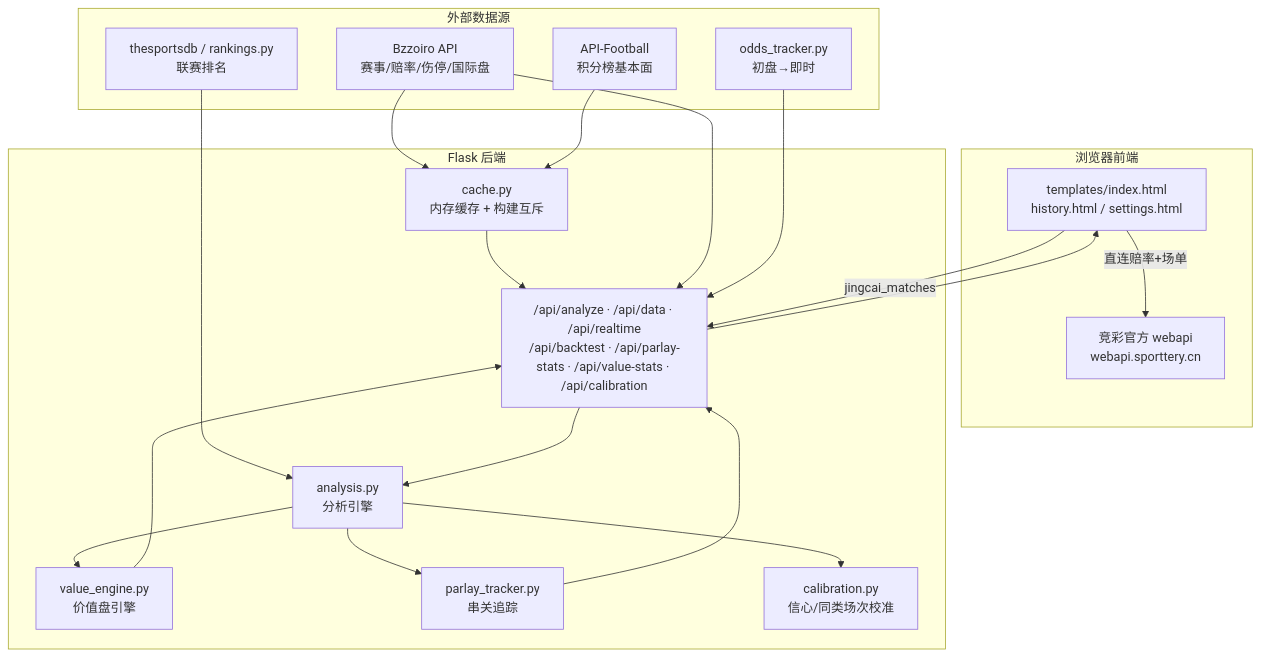
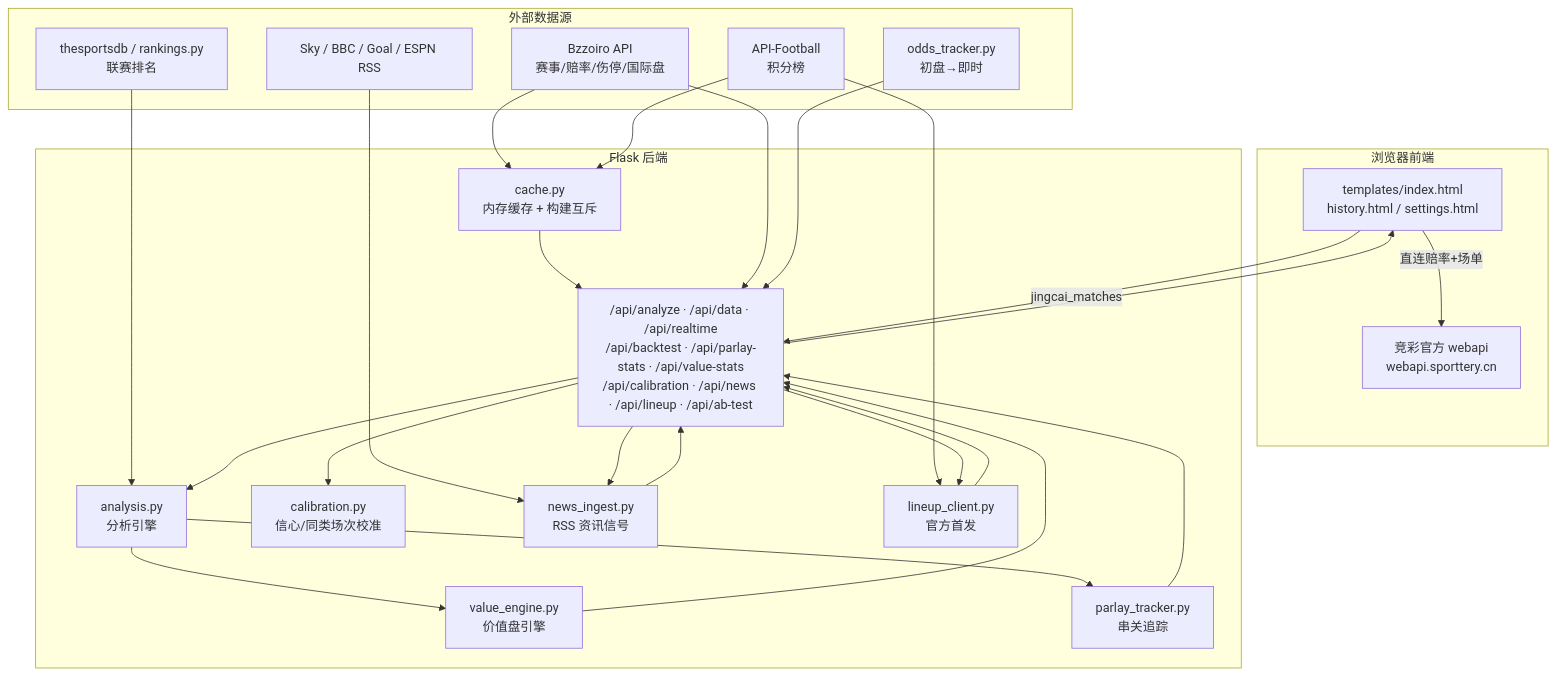
Before and after one commit to etrei7/jingcai-analyzer: the first of 3 diagrams in README.md, drawn with Mermaid. The commit also changed other lines of this file, not shown here.

Commit message:
docs: README 增加资讯/首发闭环图 + 回测闭环补 A/B

````diff
--- a/README.md
+++ b/README.md
@@ -10,39 +10,48 @@
 ```mermaid
 flowchart TD
   subgraph Browser[浏览器前端]
     JC[竞彩官方 webapi<br/>webapi.sporttery.cn]
     IDX[templates/index.html<br/>history.html / settings.html]
   end
 
   subgraph Backend[Flask 后端]
-    API["/api/analyze · /api/data · /api/realtime<br/>/api/backtest · /api/parlay-stats · /api/value-stats · /api/calibration"]
+    API["/api/analyze · /api/data · /api/realtime<br/>/api/backtest · /api/parlay-stats · /api/value-stats<br/>/api/calibration · /api/news · /api/lineup · /api/ab-test"]
     CACHE[cache.py<br/>内存缓存 + 构建互斥]
     AN[analysis.py<br/>分析引擎]
     VE[value_engine.py<br/>价值盘引擎]
     PT[parlay_tracker.py<br/>串关追踪]
     CAL[calibration.py<br/>信心/同类场次校准]
+    NWS[news_ingest.py<br/>RSS 资讯信号]
+    LUP[lineup_client.py<br/>官方首发]
   end
 
   subgraph Sources[外部数据源]
     BZ[Bzzoiro API<br/>赛事/赔率/伤停/国际盘]
-    AFB[API-Football<br/>积分榜基本面]
+    AFB[API-Football<br/>积分榜]
     TSD[thesportsdb / rankings.py<br/>联赛排名]
+    RSS[Sky / BBC / Goal / ESPN RSS]
     OD[odds_tracker.py<br/>初盘→即时]
   end
 
   IDX -- 直连赔率+场单 --> JC
   IDX -- jingcai_matches --> API
   BZ --> CACHE
   CACHE --> API
   BZ --> API
   AFB --> CACHE
+  AFB --> LUP
   TSD --> AN
+  RSS --> NWS
   OD --> API
   API --> AN
   AN --> VE
   AN --> PT
-  AN --> CAL
+  API --> CAL
+  API --> NWS
+  API --> LUP
+  NWS --> API
+  LUP --> API
   VE --> API
   PT --> API
   API --> IDX
 ```
````
